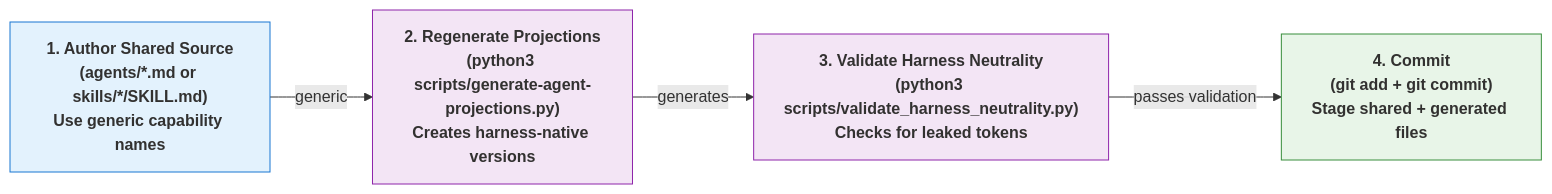
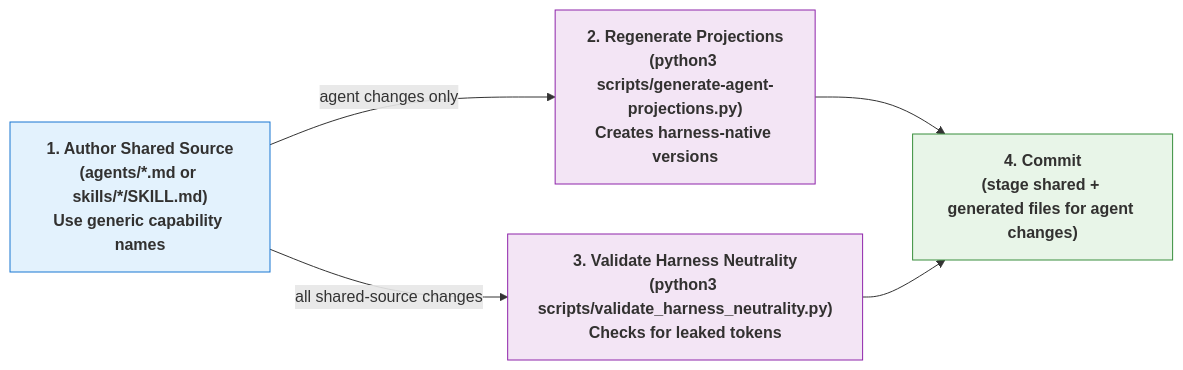
Before and after one commit to russell-laing/al-dev-shared: the second of 6 diagrams in docs/projection-layer-readme.md, drawn with Mermaid. The commit also changed other lines of this file and 11 other files, not shown here.

````diff
--- a/docs/projection-layer-readme.md
+++ b/docs/projection-layer-readme.md
@@ -207,15 +214,16 @@
 ```mermaid
 graph LR
-    A["1. Author Shared Source<br/>(agents/*.md or skills/*/SKILL.md)<br/>Use generic capability names"] -->|generic| B["2. Regenerate Projections<br/>(python3 scripts/generate-agent-projections.py)<br/>Creates harness-native versions"]
-    B -->|generates| C["3. Validate Harness Neutrality<br/>(python3 scripts/validate_harness_neutrality.py)<br/>Checks for leaked tokens"]
-    C -->|passes validation| D["4. Commit<br/>(git add + git commit)<br/>Stage shared + generated files"]
+    A["1. Author Shared Source<br/>(agents/*.md or skills/*/SKILL.md)<br/>Use generic capability names"] -->|agent changes only| B["2. Regenerate Projections<br/>(python3 scripts/generate-agent-projections.py)<br/>Creates harness-native versions"]
+    A -->|all shared-source changes| C["3. Validate Harness Neutrality<br/>(python3 scripts/validate_harness_neutrality.py)<br/>Checks for leaked tokens"]
+    B --> D["4. Commit<br/>(stage shared + generated files for agent changes)"]
+    C --> D
 
     classDef input fill:#e3f2fd,stroke:#1976d2,color:#323130,font-weight:bold
     classDef process fill:#f3e5f5,stroke:#8e24aa,color:#323130,font-weight:bold
     classDef output fill:#e8f5e8,stroke:#388e3c,color:#323130,font-weight:bold
 
     class A input
     class B process
     class C process
     class D output
 ```
````
